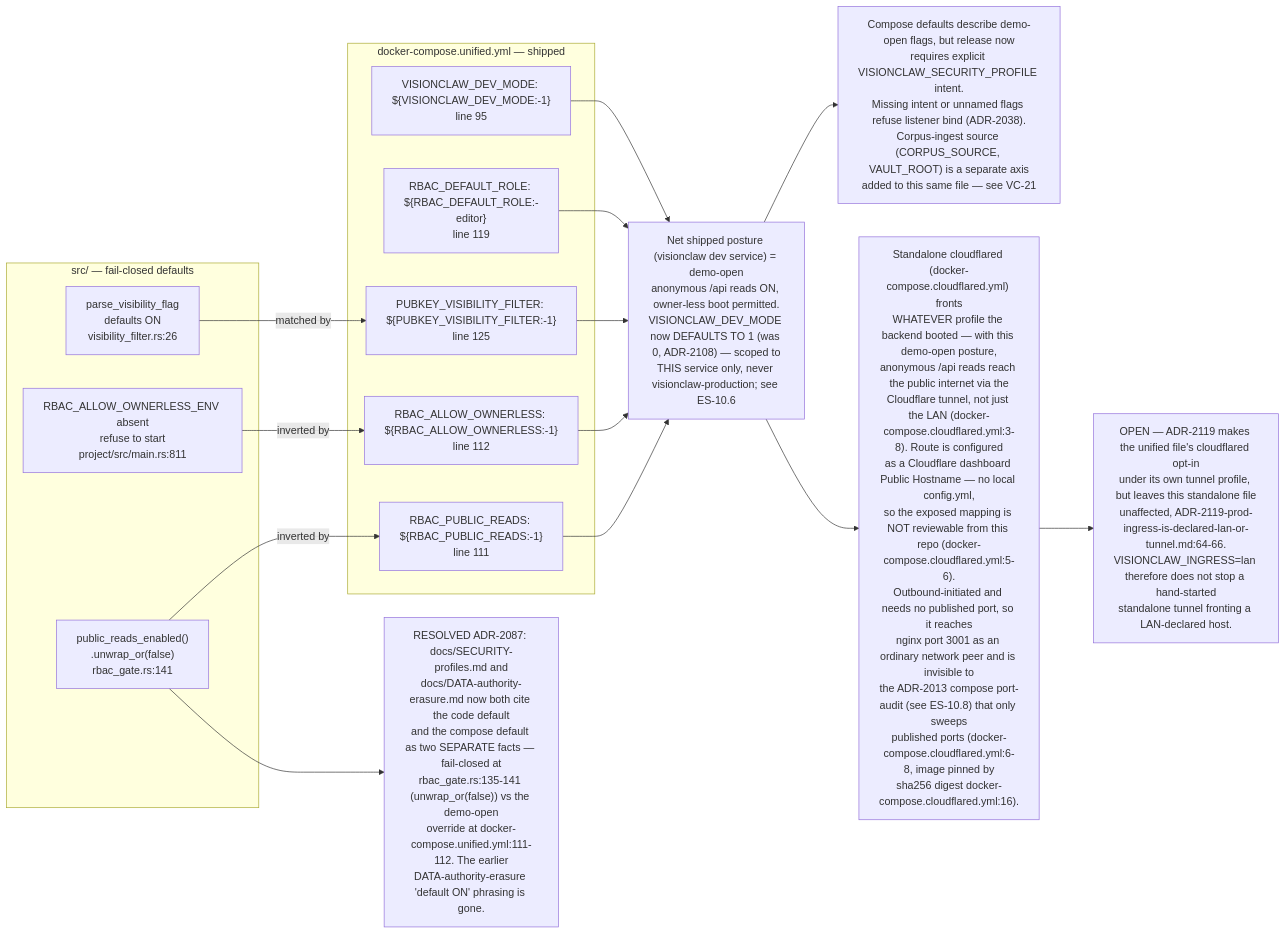
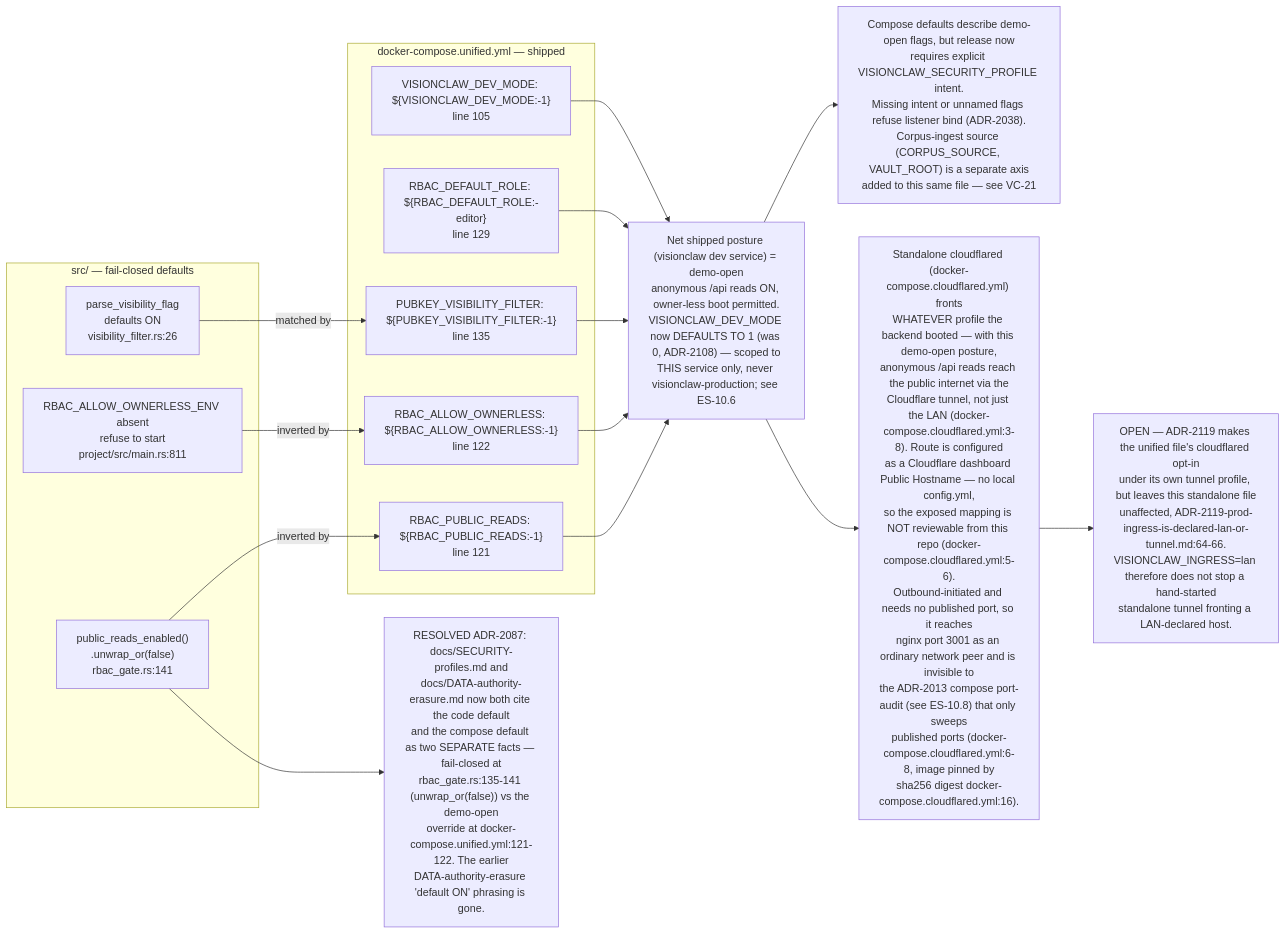
Before and after one commit to DreamLab-AI/VisionFlow: the third of 11 diagrams in docs/diagrams/estate/10-deployment-and-security-profiles.md, drawn with Mermaid. The commit also changed other lines of this file and 145 other files, not shown here.

````diff
--- a/docs/diagrams/estate/10-deployment-and-security-profiles.md
+++ b/docs/diagrams/estate/10-deployment-and-security-profiles.md
@@ -143,33 +144,33 @@
 ```mermaid
 flowchart LR
     subgraph codeside["src/ — fail-closed defaults"]
         A1["public_reads_enabled()<br/>.unwrap_or(false)<br/>rbac_gate.rs:141"]
         A2["RBAC_ALLOW_OWNERLESS_ENV absent<br/>refuse to start<br/>project/src/main.rs:811"]
         A3["parse_visibility_flag<br/>defaults ON<br/>visibility_filter.rs:26"]
     end
     subgraph composeside["docker-compose.unified.yml — shipped"]
-        B1["RBAC_PUBLIC_READS: ${RBAC_PUBLIC_READS:-1}<br/>line 111"]
-        B2["RBAC_ALLOW_OWNERLESS: ${RBAC_ALLOW_OWNERLESS:-1}<br/>line 112"]
-        B3["PUBKEY_VISIBILITY_FILTER: ${PUBKEY_VISIBILITY_FILTER:-1}<br/>line 125"]
-        B4["RBAC_DEFAULT_ROLE: ${RBAC_DEFAULT_ROLE:-editor}<br/>line 119"]
-        B5["VISIONCLAW_DEV_MODE: ${VISIONCLAW_DEV_MODE:-1}<br/>line 95"]
+        B1["RBAC_PUBLIC_READS: ${RBAC_PUBLIC_READS:-1}<br/>line 121"]
+        B2["RBAC_ALLOW_OWNERLESS: ${RBAC_ALLOW_OWNERLESS:-1}<br/>line 122"]
+        B3["PUBKEY_VISIBILITY_FILTER: ${PUBKEY_VISIBILITY_FILTER:-1}<br/>line 135"]
+        B4["RBAC_DEFAULT_ROLE: ${RBAC_DEFAULT_ROLE:-editor}<br/>line 129"]
+        B5["VISIONCLAW_DEV_MODE: ${VISIONCLAW_DEV_MODE:-1}<br/>line 105"]
     end
     NET["Net shipped posture (visionclaw dev service) = demo-open<br/>anonymous /api reads ON, owner-less boot permitted.<br/>VISIONCLAW_DEV_MODE now DEFAULTS TO 1 (was 0, ADR-2108) — scoped to<br/>THIS service only, never visionclaw-production; see ES-10.6"]
     DRIFT1["Compose defaults describe demo-open flags, but release now<br/>requires explicit VISIONCLAW_SECURITY_PROFILE intent.<br/>Missing intent or unnamed flags refuse listener bind (ADR-2038).<br/>Corpus-ingest source (CORPUS_SOURCE, VAULT_ROOT) is a separate axis<br/>added to this same file — see VC-21"]
-    DRIFT2["RESOLVED ADR-2087: docs/SECURITY-profiles.md and<br/>docs/DATA-authority-erasure.md now both cite the code default<br/>and the compose default as two SEPARATE facts — fail-closed at<br/>rbac_gate.rs:135-141 (unwrap_or(false)) vs the demo-open<br/>override at docker-compose.unified.yml:111-112. The earlier<br/>DATA-authority-erasure 'default ON' phrasing is gone."]
+    DRIFT2["RESOLVED ADR-2087: docs/SECURITY-profiles.md and<br/>docs/DATA-authority-erasure.md now both cite the code default<br/>and the compose default as two SEPARATE facts — fail-closed at<br/>rbac_gate.rs:135-141 (unwrap_or(false)) vs the demo-open<br/>override at docker-compose.unified.yml:121-122. The earlier<br/>DATA-authority-erasure 'default ON' phrasing is gone."]
     CFT["Standalone cloudflared (docker-compose.cloudflared.yml) fronts<br/>WHATEVER profile the backend booted — with this demo-open posture,<br/>anonymous /api reads reach the public internet via the<br/>Cloudflare tunnel, not just the LAN (docker-compose.cloudflared.yml:3-8). Route is configured<br/>as a Cloudflare dashboard Public Hostname — no local config.yml,<br/>so the exposed mapping is NOT reviewable from this repo (docker-compose.cloudflared.yml:5-6).<br/>Outbound-initiated and needs no published port, so it reaches<br/>nginx port 3001 as an ordinary network peer and is invisible to<br/>the ADR-2013 compose port-audit (see ES-10.8) that only sweeps<br/>published ports (docker-compose.cloudflared.yml:6-8, image pinned by<br/>sha256 digest docker-compose.cloudflared.yml:16)."]
 
     A1 -- "inverted by" --> B1
     A2 -- "inverted by" --> B2
     A3 -- "matched by" --> B3
     B1 --> NET
     B2 --> NET
     B3 --> NET
     B4 --> NET
     B5 --> NET
     NET --> DRIFT1
     NET --> CFT
     LANGAP["OPEN — ADR-2119 makes the unified file's cloudflared opt-in<br/>under its own tunnel profile, but leaves this standalone file<br/>unaffected, ADR-2119-prod-ingress-is-declared-lan-or-tunnel.md:64-66.<br/>VISIONCLAW_INGRESS=lan therefore does not stop a hand-started<br/>standalone tunnel fronting a LAN-declared host."]
     CFT --> LANGAP
     A1 --> DRIFT2
 ```
````
